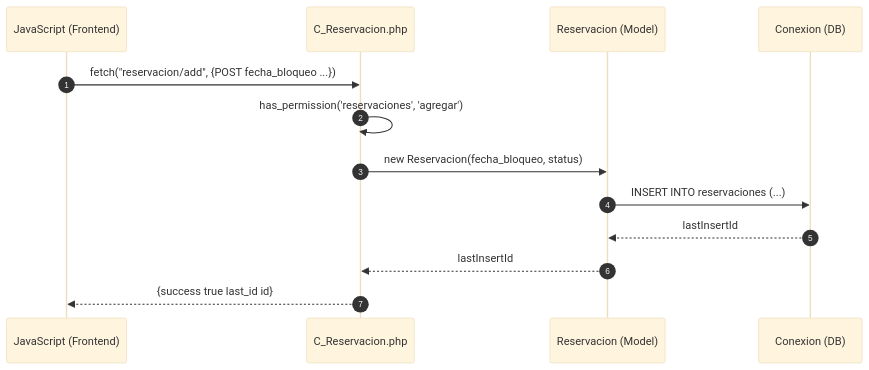
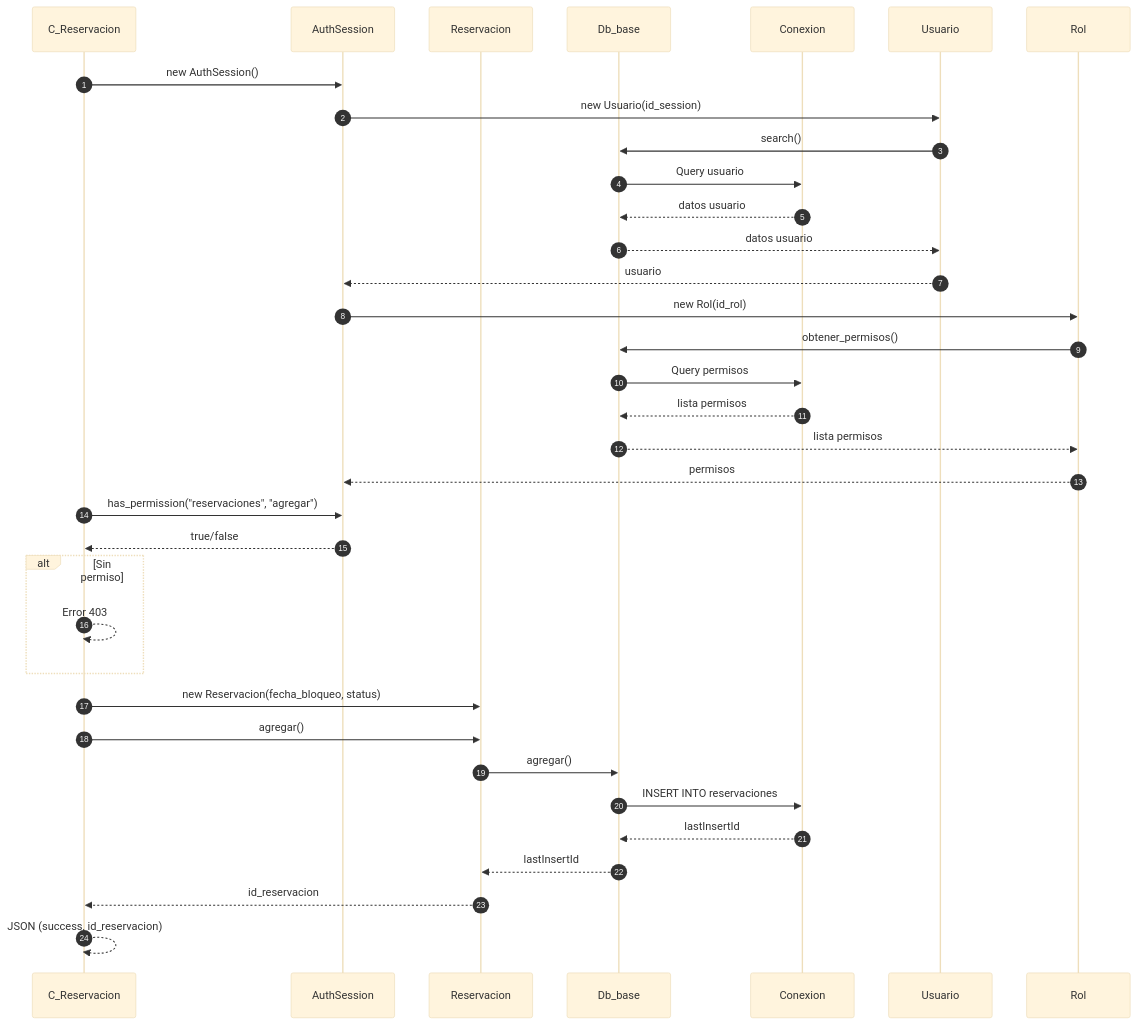
The fourth of 4 diagrams in docs/secuencia/reservaciones/reservaciones.md (Tecrato/BurgerHouse), drawn with Mermaid (base theme) before and after one commit. The commit also changed other lines of this file and 13 other files, not shown here.

First line of the commit message:
diagramas actualizaos

````diff
--- a/docs/secuencia/reservaciones/reservaciones.md
+++ b/docs/secuencia/reservaciones/reservaciones.md
@@ -105,20 +163,41 @@
 ```mermaid
 sequenceDiagram
     autonumber
-    participant JS as JavaScript (Frontend)
-    participant C_Reservacion as C_Reservacion.php
-    participant Reservacion as Reservacion (Model)
-    participant DB as Conexion (DB)
+    participant C_Reservacion as C_Reservacion
+    participant AuthSession as AuthSession
+    participant Reservacion as Reservacion
+    participant Db_base as Db_base
+    participant Conexion as Conexion
     
-    JS->>C_Reservacion: fetch("reservacion/add", {POST fecha_bloqueo ...})
+    C_Reservacion->>AuthSession: new AuthSession()
+    AuthSession->>Usuario: new Usuario(id_session)
+    Usuario->>Db_base: search()
+    Db_base->>Conexion: Query usuario
+    Conexion-->>Db_base: datos usuario
+    Db_base-->>Usuario: datos usuario
+    Usuario-->>AuthSession: usuario
     
-    C_Reservacion->>C_Reservacion: has_permission('reservaciones', 'agregar')
+    AuthSession->>Rol: new Rol(id_rol)
+    Rol->>Db_base: obtener_permisos()
+    Db_base->>Conexion: Query permisos
+    Conexion-->>Db_base: lista permisos
+    Db_base-->>Rol: lista permisos
+    Rol-->>AuthSession: permisos
+    
+    C_Reservacion->>AuthSession: has_permission("reservaciones", "agregar")
+    AuthSession-->>C_Reservacion: true/false
+    
+    alt Sin permiso
+        C_Reservacion-->>C_Reservacion: Error 403
+    end
     
     C_Reservacion->>Reservacion: new Reservacion(fecha_bloqueo, status)
+    C_Reservacion->>Reservacion: agregar()
+    Reservacion->>Db_base: agregar()
+    Db_base->>Conexion: INSERT INTO reservaciones
+    Conexion-->>Db_base: lastInsertId
+    Db_base-->>Reservacion: lastInsertId
+    Reservacion-->>C_Reservacion: id_reservacion
     
-    Reservacion->>DB: INSERT INTO reservaciones (...)
-    DB-->>Reservacion: lastInsertId
-    Reservacion-->>C_Reservacion: lastInsertId
-    
-    C_Reservacion-->>JS: {success true last_id id}
+    C_Reservacion-->>C_Reservacion: JSON (success, id_reservacion)
 ```
````
